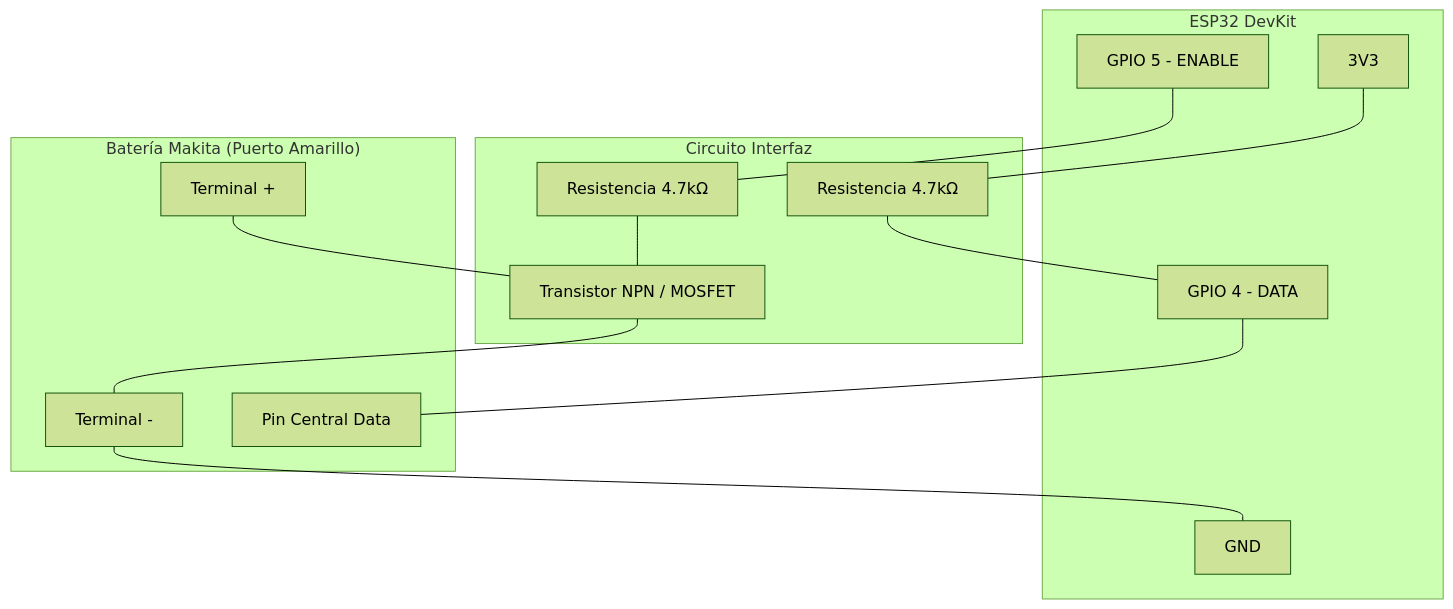
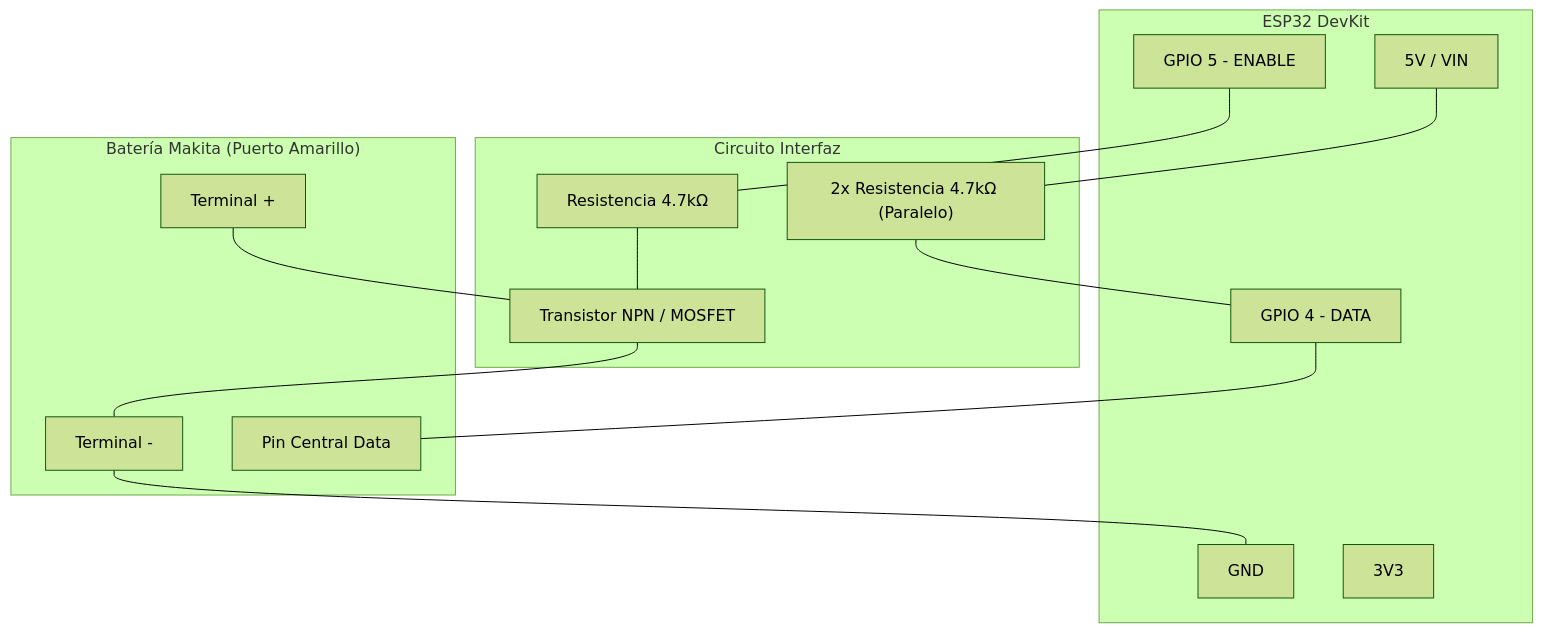
One commit to urtziDV/Makita-OBI-ESP32 changed the diagram in docs/esquema_electrico.md. Above: the diagram before and after it, drawn with Mermaid (forest theme). The commit also changed other lines of this file and 2 other files, not shown here.

Commit message:
docs: especificar 2 resistencias de 4.7k en paralelo desde 5V al transistor

````diff
--- a/docs/esquema_electrico.md
+++ b/docs/esquema_electrico.md
@@ -7,33 +7,34 @@
 ```mermaid
 graph TD
     subgraph "ESP32 DevKit"
         GND[GND]
         3V3[3V3]
         G4[GPIO 4 - DATA]
         G5[GPIO 5 - ENABLE]
+        5V[5V / VIN]
     end
 
     subgraph "Circuito Interfaz"
-        R1[Resistencia 4.7kΩ]
+        R1["2x Resistencia 4.7kΩ (Paralelo)"]
         Q1[Transistor NPN / MOSFET]
         R2[Resistencia 4.7kΩ]
     end
 
     subgraph "Batería Makita (Puerto Amarillo)"
         B_GND[Terminal -]
         B_DATA[Pin Central Data]
         B_VCC[Terminal +]
     end
 
     %% Conexiones de Alimentación
     B_GND --- GND
-    3V3 --- R1
+    5V --- R1
     R1 --- G4
     G4 --- B_DATA
 
     %% Circuito de Activación (Opcional según BMS)
     G5 --- R2
     R2 --- Q1
     B_VCC --- Q1
     Q1 --- B_GND
 ```
````
